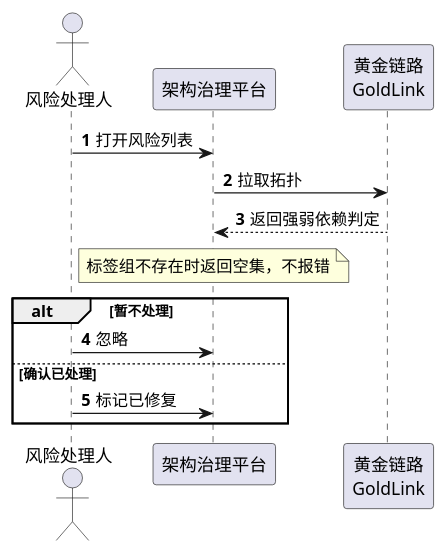
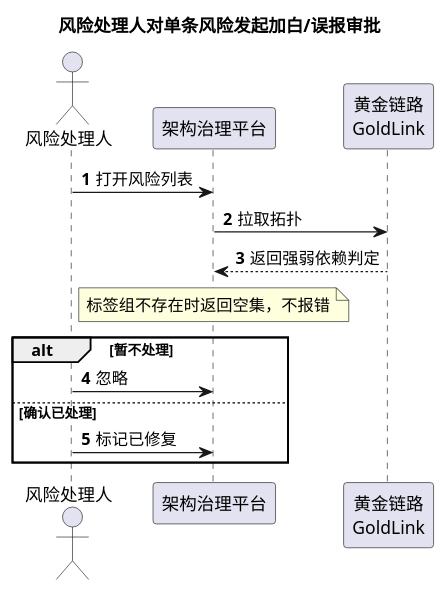
Before and after one commit to zelehuangdog-source/zeleSkills: the first of 3 diagrams in clarify/references/diagram-spec.md, drawn with PlantUML. The commit also changed other lines of this file and 1 other file, not shown here.

First line of the commit message:
clarify：三类图必须自带标题，业务序列图标题说清谁在干什么

````diff
--- a/clarify/references/diagram-spec.md
+++ b/clarify/references/diagram-spec.md
@@ -54,18 +77,21 @@
 ```plantuml
+@startuml
+title 风险处理人对单条风险发起加白/误报审批
 autonumber
 
 actor "风险处理人" as H
 participant "架构治理平台" as Plat
 participant "黄金链路\nGoldLink" as GL
 
 H -> Plat : 打开风险列表
 Plat -> GL : 拉取拓扑
 GL --> Plat : 返回强弱依赖判定
 note over Plat : 标签组不存在时返回空集，不报错
 
 alt 暂不处理
   H -> Plat : 忽略
 else 确认已处理
   H -> Plat : 标记已修复
 end
+@enduml
 ```
````
